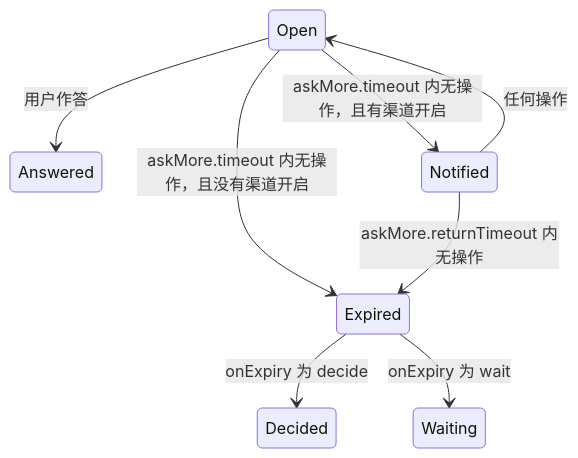
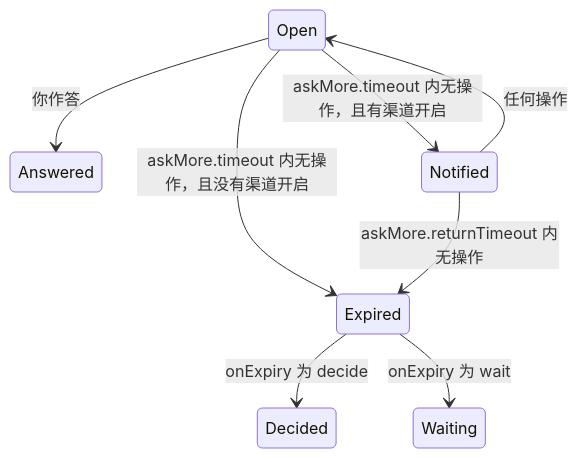
The diagram in README.zh-CN.md (oh-my-omp/omp-ask-more), drawn with Mermaid before and after one commit. The commit also changed other lines of this file and 5 other files, not shown here.

````diff
--- a/README.zh-CN.md
+++ b/README.zh-CN.md
@@ -198,10 +83,10 @@
 ```mermaid
 stateDiagram-v2
-  Open --> Answered: 用户作答
+  Open --> Answered: 你作答
   Open --> Notified: askMore.timeout 内无操作，且有渠道开启
   Open --> Expired: askMore.timeout 内无操作，且没有渠道开启
   Notified --> Open: 任何操作
   Notified --> Expired: askMore.returnTimeout 内无操作
   Expired --> Decided: onExpiry 为 decide
   Expired --> Waiting: onExpiry 为 wait
 ```
````
